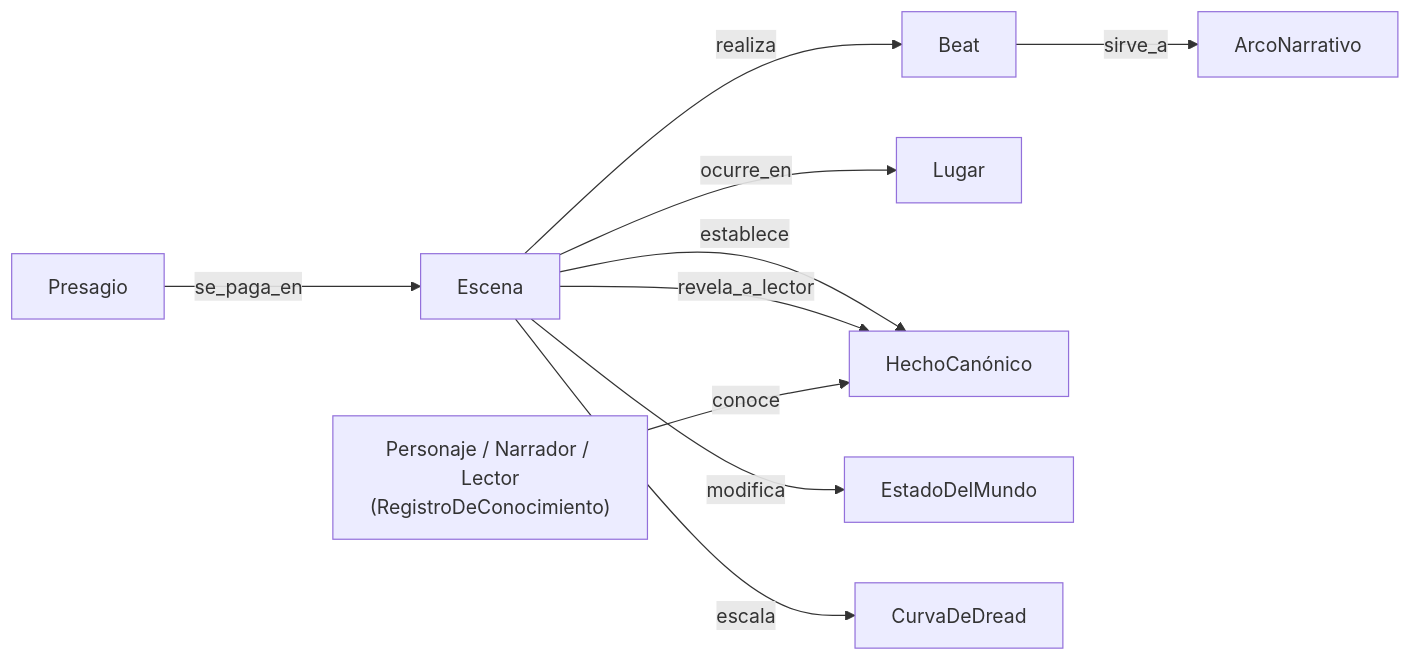
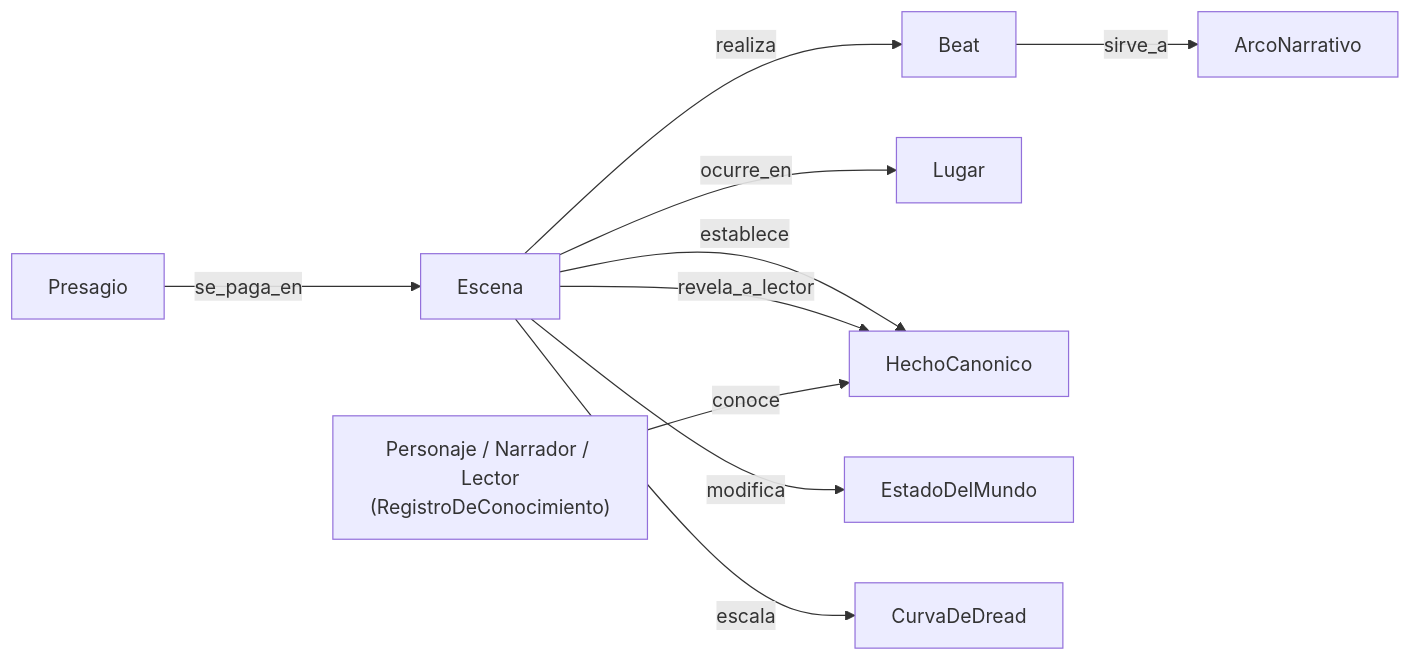
The seventh of 9 diagrams in Docs/domain-knowledge.md (SantiagoEspinosa-ai/My_novel_story), drawn with Mermaid before and after one commit. The commit also changed other lines of this file and 5 other files, not shown here.

````diff
--- a/Docs/domain-knowledge.md
+++ b/Docs/domain-knowledge.md
@@ -123,21 +123,21 @@
 ```mermaid
 flowchart LR
   ARC["ArcoNarrativo"]
   BEAT["Beat"]
   ESC["Escena"]
   LUG["Lugar"]
-  HEC["HechoCanónico"]
+  HEC["HechoCanonico"]
   CON["Personaje / Narrador / Lector<br/>(RegistroDeConocimiento)"]
   EST["EstadoDelMundo"]
   PRE["Presagio"]
   DRE["CurvaDeDread"]
   BEAT -->|sirve_a| ARC
   ESC -->|realiza| BEAT
   ESC -->|ocurre_en| LUG
   ESC -->|establece| HEC
   ESC -->|revela_a_lector| HEC
   CON -->|conoce| HEC
   ESC -->|modifica| EST
   PRE -->|se_paga_en| ESC
   ESC -->|escala| DRE
 ```
````
